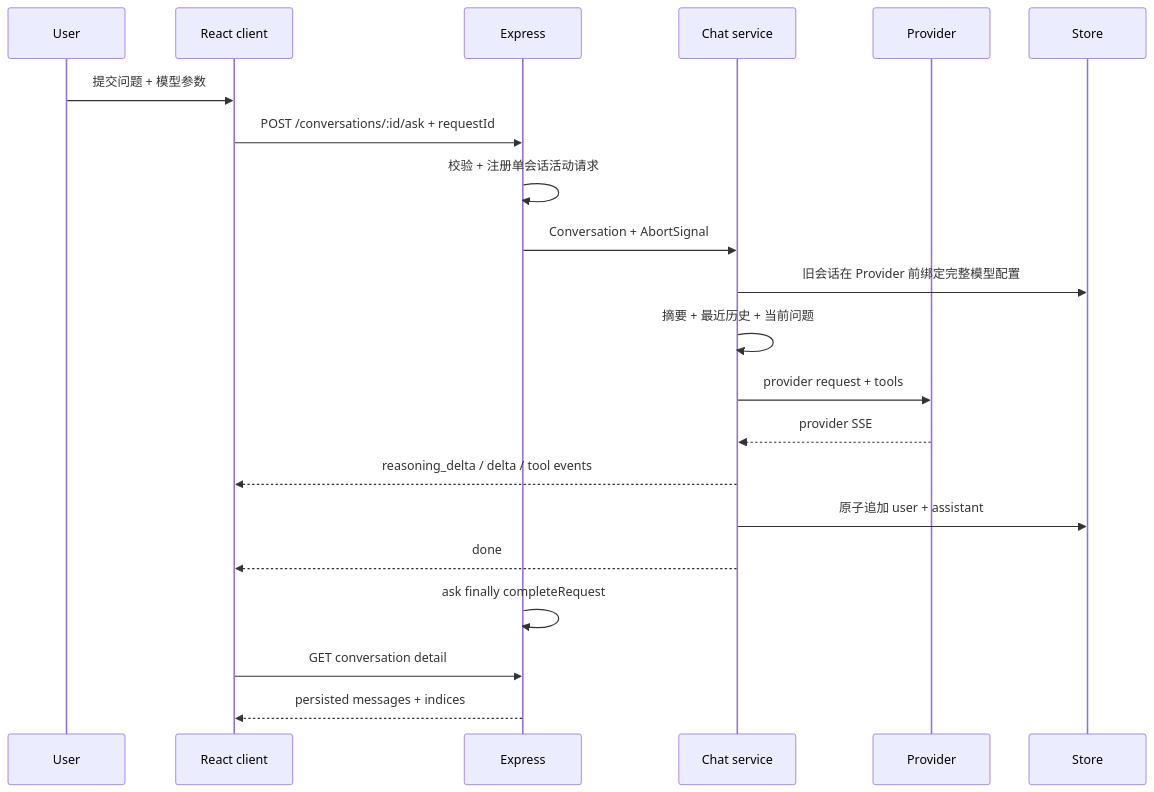
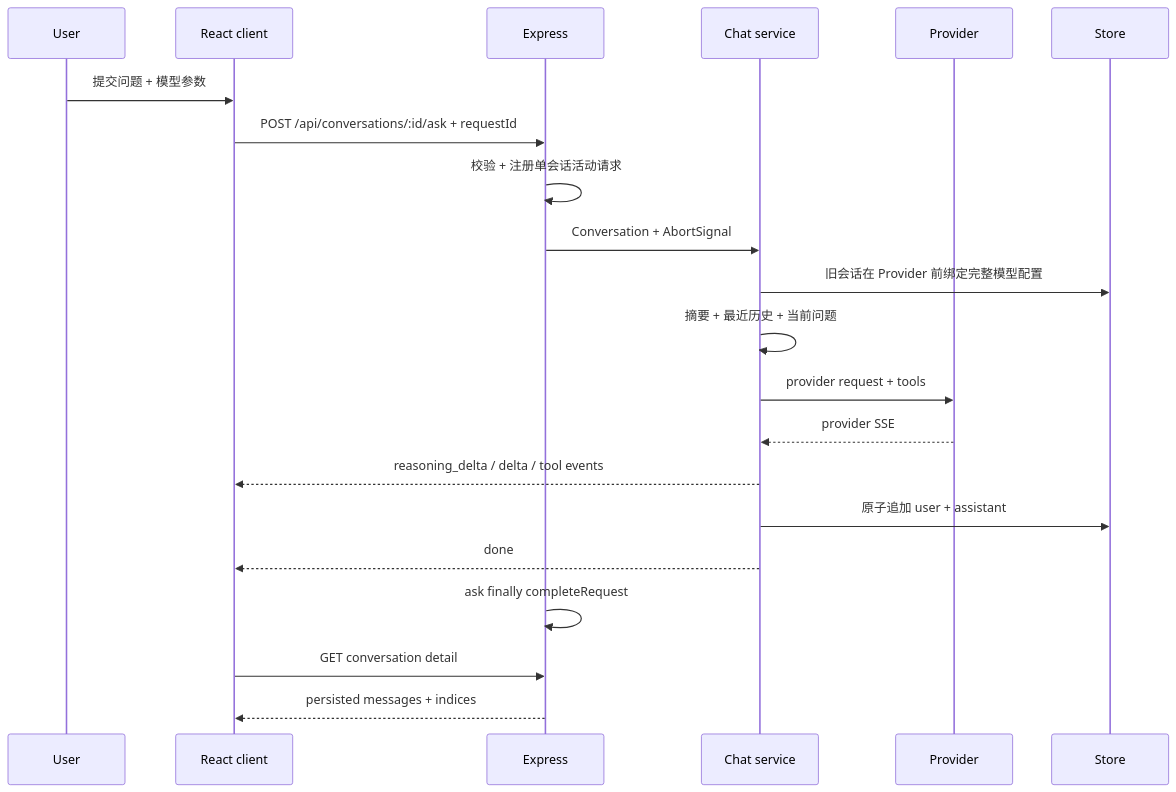
Before and after one commit to imingsmings/chatbot-dev: the sixth of 9 diagrams in docs/architecture.md, drawn with Mermaid. The commit also changed other lines of this file and 21 other files, not shown here.

````diff
--- a/docs/architecture.md
+++ b/docs/architecture.md
@@ -220,24 +220,24 @@
 ```mermaid
 sequenceDiagram
   participant U as User
   participant C as React client
   participant E as Express
   participant S as Chat service
   participant P as Provider
   participant D as Store
 
   U->>C: 提交问题 + 模型参数
-  C->>E: POST /conversations/:id/ask + requestId
+  C->>E: POST /api/conversations/:id/ask + requestId
   E->>E: 校验 + 注册单会话活动请求
   E->>S: Conversation + AbortSignal
   S->>D: 旧会话在 Provider 前绑定完整模型配置
   S->>S: 摘要 + 最近历史 + 当前问题
   S->>P: provider request + tools
   P-->>S: provider SSE
   S-->>C: reasoning_delta / delta / tool events
   S->>D: 原子追加 user + assistant
   S-->>C: done
   E->>E: ask finally completeRequest
   C->>E: GET conversation detail
   E-->>C: persisted messages + indices
 ```
````
